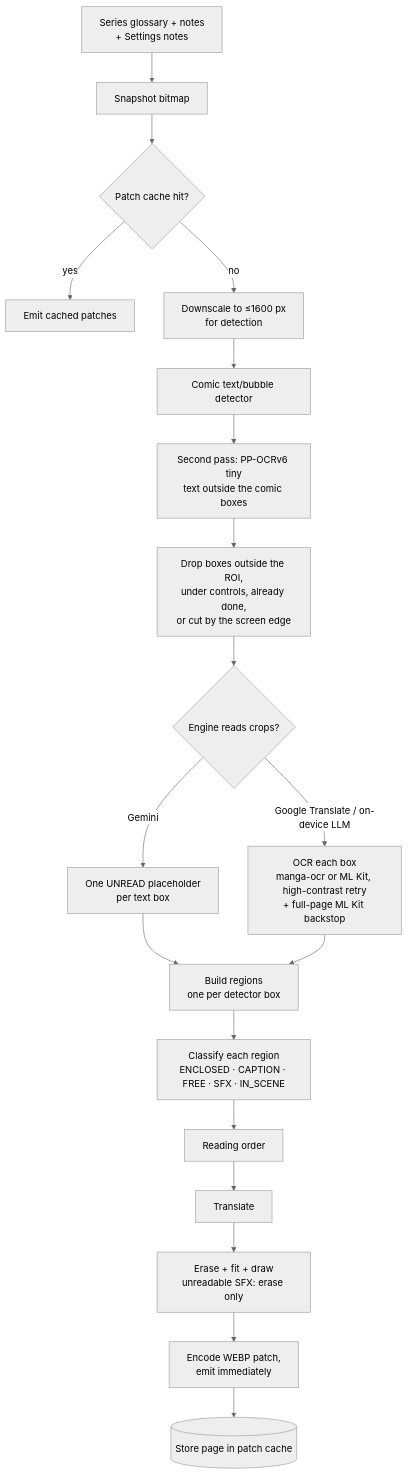
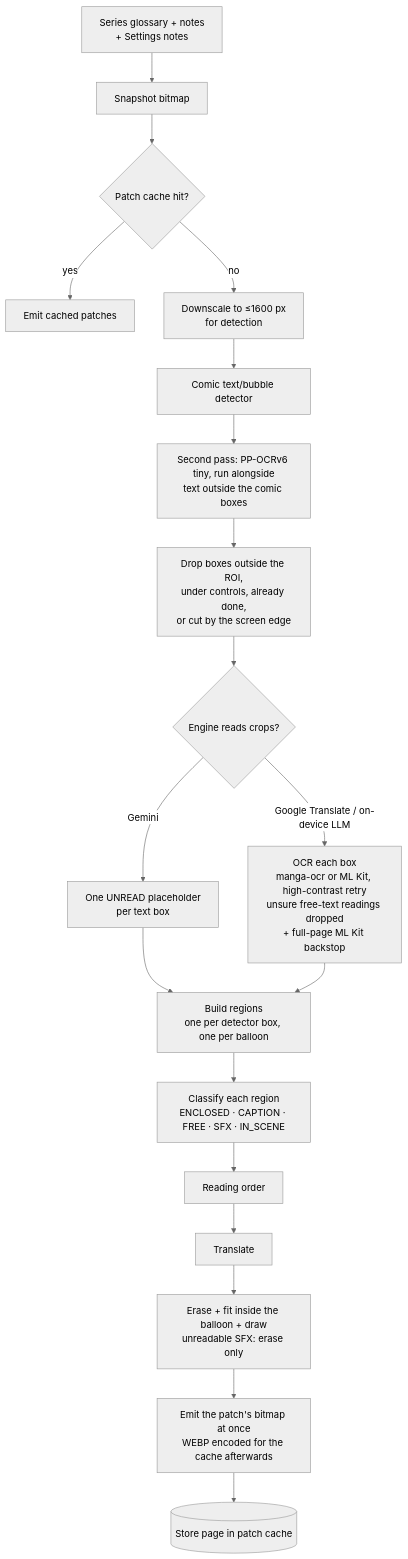
The second of 2 diagrams in docs/FLOW.md (marufmoinuddin/Panelglass), drawn with Mermaid (neutral theme) before and after one commit. The commit also changed other lines of this file and 59 other files, not shown here.

````diff
--- a/docs/FLOW.md
+++ b/docs/FLOW.md
@@ -100,21 +100,21 @@
 ```mermaid
 flowchart TD
     S[Series glossary + notes<br/>+ Settings notes] --> A
     A[Snapshot bitmap] --> B{Patch cache hit?}
     B -- yes --> Z[Emit cached patches]
     B -- no --> C[Downscale to ≤1600 px<br/>for detection]
     C --> D[Comic text/bubble detector]
-    D --> D2[Second pass: PP-OCRv6 tiny<br/>text outside the comic boxes]
+    D --> D2[Second pass: PP-OCRv6 tiny, run alongside<br/>text outside the comic boxes]
     D2 --> E[Drop boxes outside the ROI,<br/>under controls, already done,<br/>or cut by the screen edge]
     E --> F{Engine reads crops?}
     F -- "Gemini" --> G[One UNREAD placeholder<br/>per text box]
-    F -- "Google Translate / on-device LLM" --> H[OCR each box<br/>manga-ocr or ML Kit, high-contrast retry<br/>+ full-page ML Kit backstop]
-    G --> I[Build regions<br/>one per detector box]
+    F -- "Google Translate / on-device LLM" --> H[OCR each box<br/>manga-ocr or ML Kit, high-contrast retry<br/>unsure free-text readings dropped<br/>+ full-page ML Kit backstop]
+    G --> I[Build regions<br/>one per detector box, one per balloon]
     H --> I
     I --> J[Classify each region<br/>ENCLOSED · CAPTION · FREE · SFX · IN_SCENE]
     J --> K[Reading order]
     K --> L[Translate]
-    L --> M[Erase + fit + draw<br/>unreadable SFX: erase only]
-    M --> N[Encode WEBP patch,<br/>emit immediately]
+    L --> M[Erase + fit inside the balloon + draw<br/>unreadable SFX: erase only]
+    M --> N[Emit the patch's bitmap at once<br/>WEBP encoded for the cache afterwards]
     N --> O[(Store page in patch cache)]
 ```
````
